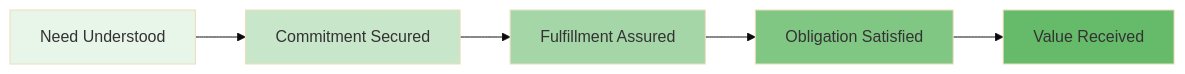
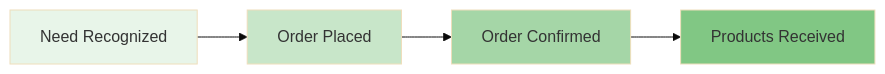
One commit to Evilazaro/Azure-LogicApps-Monitoring changed the fifth of 7 diagrams in docs/architecture/01-business-architecture.md. Above: the diagram before and after it, drawn with Mermaid (base theme). The commit also changed other lines of this file, not shown here.

Commit message:
Refactor Business Architecture document: update terminology and definitions to enhance clarity in order management and fulfillment processes

````diff
--- a/docs/architecture/01-business-architecture.md
+++ b/docs/architecture/01-business-architecture.md
@@ -235,13 +162,11 @@
 ```mermaid
 graph LR
-    A[Need Understood] --> B[Commitment Secured]
-    B --> C[Fulfillment Assured]
-    C --> D[Obligation Satisfied]
-    D --> E[Value Received]
+    A[Need Recognized] --> B[Order Placed]
+    B --> C[Order Confirmed]
+    C --> D[Products Received]
 
     style A fill:#e8f5e9
     style B fill:#c8e6c9
     style C fill:#a5d6a7
     style D fill:#81c784
-    style E fill:#66bb6a
 ```
````
